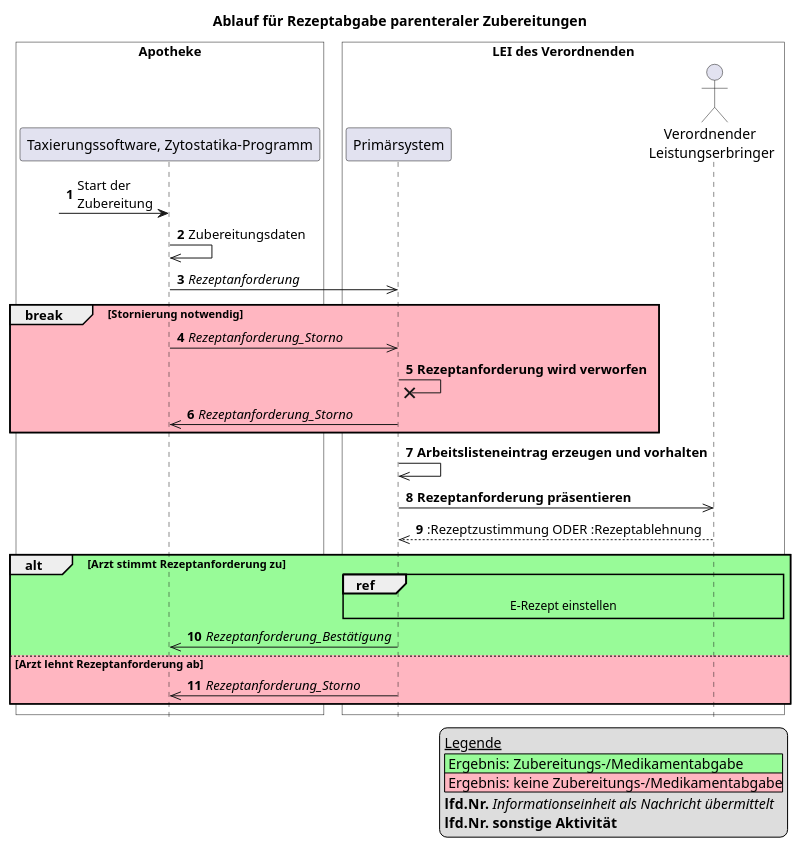
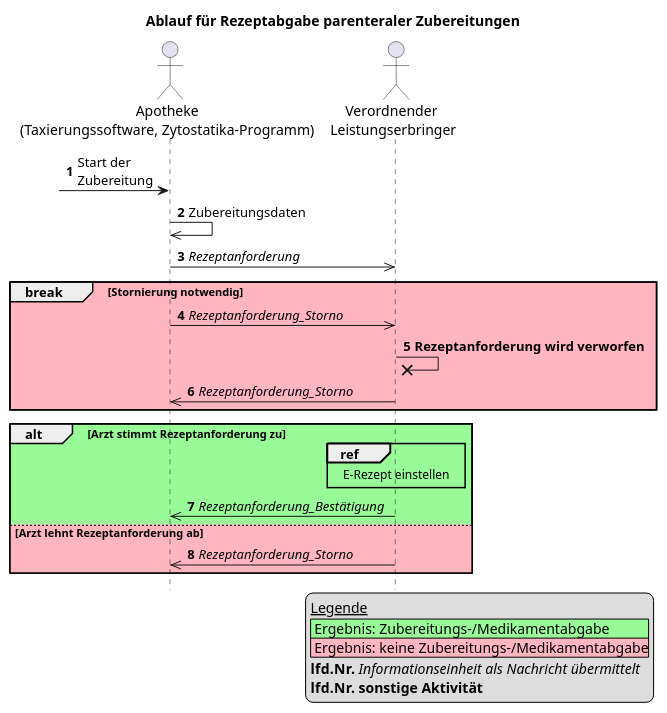
One commit to gematik/spec-E-Rezept-ServiceRequest changed the diagram in Resources/puml/old/rezeptanforderung-zytostatika-taxsoftware.puml. Above: the diagram before and after it, drawn with PlantUML.

Commit message:
Fix puml for parenterale zubereitung

```diff
--- a/Resources/puml/old/rezeptanforderung-zytostatika-taxsoftware.puml
+++ b/Resources/puml/old/rezeptanforderung-zytostatika-taxsoftware.puml
@@ -1,54 +1,47 @@
 @startuml
 
 
 skinparam maxMessageSize 300
 
 title Ablauf für Rezeptabgabe parenteraler Zubereitungen
 hide footbox
 autonumber
 
-box "Apotheke" #White
-    participant "Taxierungssoftware, Zytostatika-Programm" as AVS
-end box
 
-box "LEI des Verordnenden" #White
-    participant "Primärsystem" as PS
-    actor "Verordnender \nLeistungserbringer" as Arzt
-end box
+actor "Apotheke\n(Taxierungssoftware, Zytostatika-Programm)" as AVS
+actor "Verordnender \nLeistungserbringer" as Arzt
+
+participant "Primärsystem" as Arzt
+
 
 legend bottom right
     __Legende__
     |<#PaleGreen> Ergebnis: Zubereitungs-/Medikamentabgabe|
     |<#LightPink> Ergebnis: keine Zubereitungs-/Medikamentabgabe|
     **lfd.Nr.** //Informationseinheit als Nachricht übermittelt//
     **lfd.Nr.** **sonstige Aktivität**
 endlegend
 
 ?-> AVS: Start der \nZubereitung
 
 AVS ->> AVS: Zubereitungsdaten
 
-AVS ->> PS: //Rezeptanforderung//
+AVS ->> Arzt: //Rezeptanforderung//
 
 break #LightPink Stornierung notwendig
-    AVS ->> PS: //Rezeptanforderung_Storno//
-    PS ->x PS: **Rezeptanforderung wird verworfen**
-    PS ->> AVS: //Rezeptanforderung_Storno//
+    AVS ->> Arzt: //Rezeptanforderung_Storno//
+    Arzt ->x Arzt: **Rezeptanforderung wird verworfen**
+    Arzt ->> AVS: //Rezeptanforderung_Storno//
 end
 
-PS ->> PS: **Arbeitslisteneintrag erzeugen und vorhalten**
-
-PS ->> Arzt: **Rezeptanforderung präsentieren**
-return :Rezeptzustimmung ODER :Rezeptablehnung
-
 alt #PaleGreen Arzt stimmt Rezeptanforderung zu
-    ref over Arzt, PS #lightyellow
+    ref over Arzt, Arzt #lightyellow
         E-Rezept einstellen
     end ref
-    PS ->> AVS: //Rezeptanforderung_Bestätigung//
+    Arzt ->> AVS: //Rezeptanforderung_Bestätigung//
 else #LightPink Arzt lehnt Rezeptanforderung ab
-    PS ->> AVS: //Rezeptanforderung_Storno//
+    Arzt ->> AVS: //Rezeptanforderung_Storno//
 
 end
 
 @enduml
```
